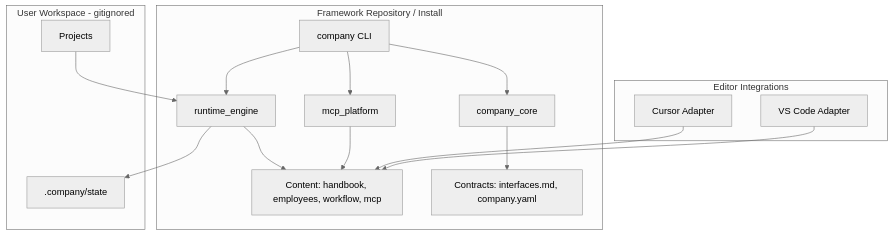
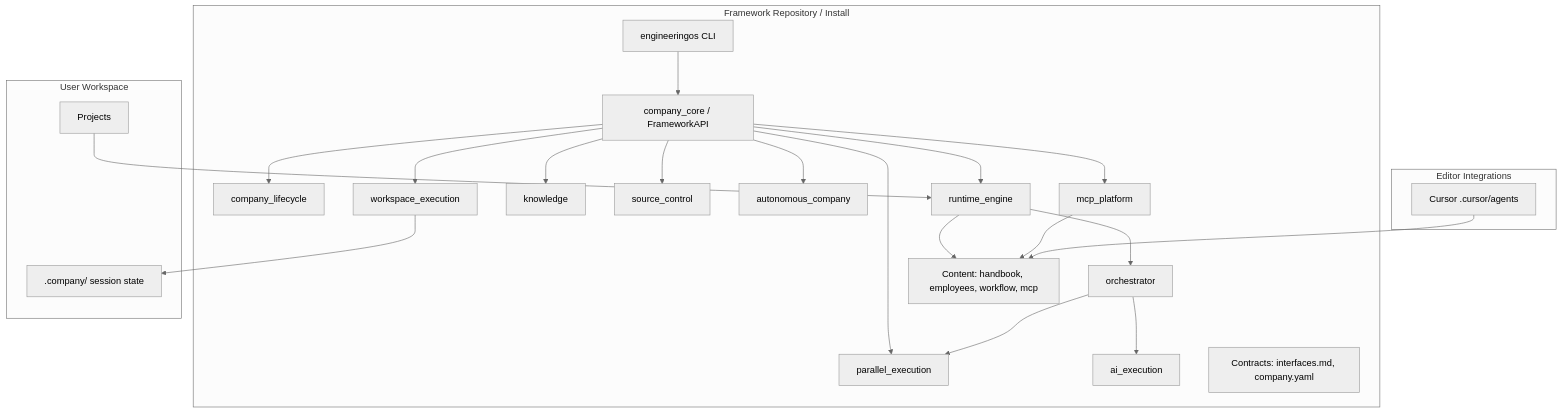
One commit to anuuragbhardwaj/EngineeringOS changed the second of 3 diagrams in docs/framework/system-context.md. Above: the diagram before and after it, drawn with Mermaid (neutral theme). The commit also changed other lines of this file and 36 other files, not shown here.

````diff
--- a/docs/framework/system-context.md
+++ b/docs/framework/system-context.md
@@ -54,32 +54,46 @@
 ```mermaid
 flowchart TB
     subgraph Framework [Framework Repository / Install]
-        CLI[company CLI]
-        Core[company_core]
+        CLI[engineeringos CLI]
+        Core[company_core / FrameworkAPI]
+        LC[company_lifecycle]
+        WE[workspace_execution]
+        KN[knowledge]
+        SC[source_control]
+        PE[parallel_execution]
+        AC[autonomous_company]
         RT[runtime_engine]
+        OR[orchestrator]
+        AI[ai_execution]
         MCPPlat[mcp_platform]
         Content[Content: handbook, employees, workflow, mcp]
         Contracts[Contracts: interfaces.md, company.yaml]
     end
 
-    subgraph Workspace [User Workspace - gitignored]
+    subgraph Workspace [User Workspace]
         Projects[Projects]
-        State[.company/state]
+        State[.company/ session state]
     end
 
     subgraph Integrations [Editor Integrations]
-        CursorInt[Cursor Adapter]
-        VSCodeInt[VS Code Adapter]
+        CursorInt[Cursor .cursor/agents]
     end
 
     CLI --> Core
-    CLI --> RT
-    CLI --> MCPPlat
-    Core --> Contracts
+    Core --> LC
+    Core --> WE
+    Core --> KN
+    Core --> SC
+    Core --> PE
+    Core --> AC
+    Core --> RT
+    Core --> MCPPlat
+    RT --> OR
+    OR --> AI
+    OR --> PE
     RT --> Content
-    RT --> State
     MCPPlat --> Content
     CursorInt --> Content
-    VSCodeInt --> Content
     Projects --> RT
+    WE --> State
 ```
````
